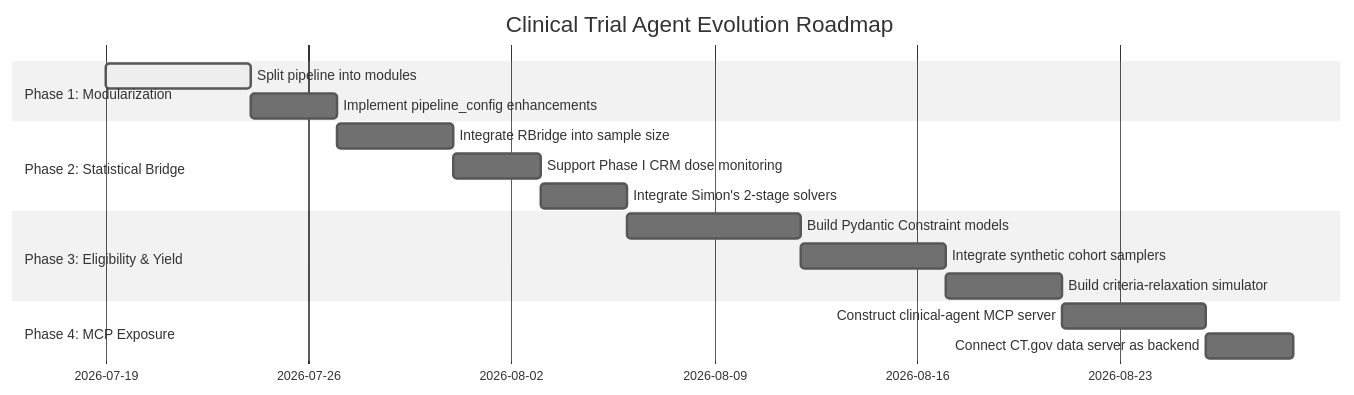
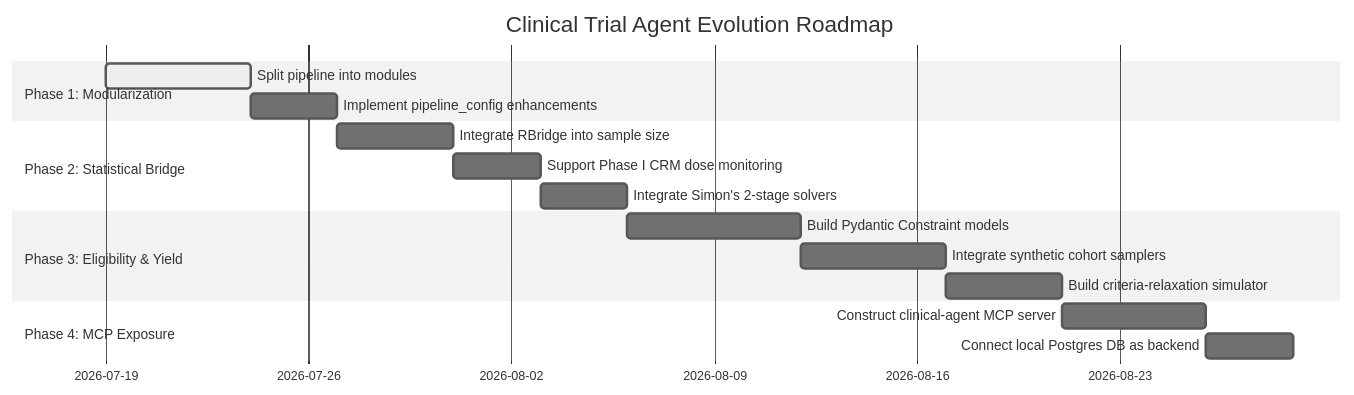
One commit to leelasd/local_clintrial_agent changed the second of 2 diagrams in roadmap_local_clinical_agent.md. Above: the diagram before and after it, drawn with Mermaid (neutral theme). The commit also changed other lines of this file, not shown here.

Commit message:
docs: pivot roadmap to prioritize local PostgreSQL clinical trials database (AACT + ChEMBL)

````diff
--- a/roadmap_local_clinical_agent.md
+++ b/roadmap_local_clinical_agent.md
@@ -74,19 +75,19 @@
 ```mermaid
 gantt
     title Clinical Trial Agent Evolution Roadmap
     dateFormat  YYYY-MM-DD
     section Phase 1: Modularization
     Split pipeline into modules           :active, p1_1, 2026-07-19, 5d
     Implement pipeline_config enhancements: p1_2, after p1_1, 3d
     section Phase 2: Statistical Bridge
     Integrate RBridge into sample size    : p2_1, after p1_2, 4d
     Support Phase I CRM dose monitoring    : p2_2, after p2_1, 3d
     Integrate Simon's 2-stage solvers     : p2_3, after p2_2, 3d
     section Phase 3: Eligibility & Yield
     Build Pydantic Constraint models      : p3_1, after p2_3, 6d
     Integrate synthetic cohort samplers   : p3_2, after p3_1, 5d
     Build criteria-relaxation simulator   : p3_3, after p3_2, 4d
     section Phase 4: MCP Exposure
     Construct clinical-agent MCP server   : p4_1, after p3_3, 5d
-    Connect CT.gov data server as backend : p4_2, after p4_1, 3d
+    Connect local Postgres DB as backend  : p4_2, after p4_1, 3d
 ```
````
